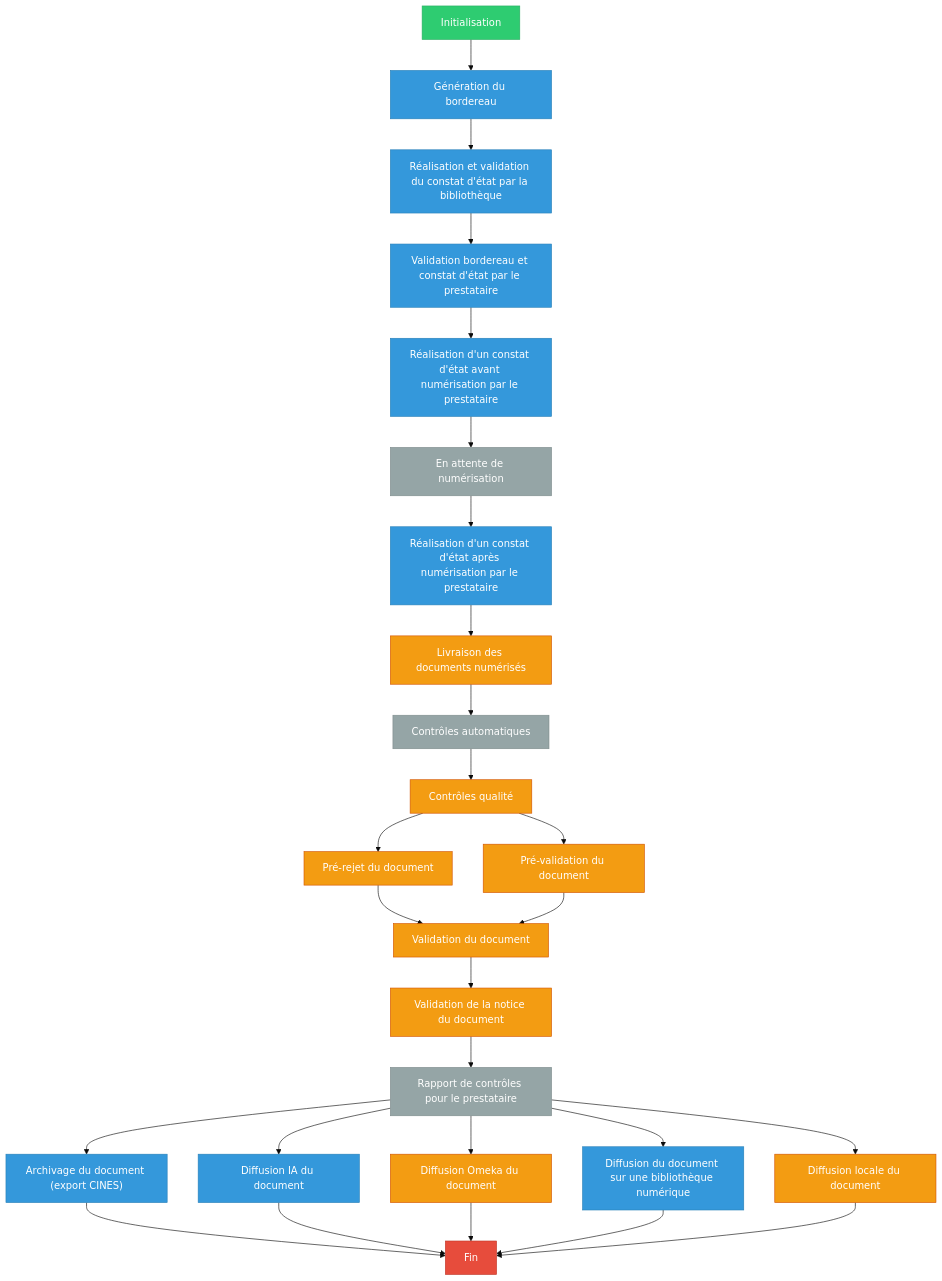
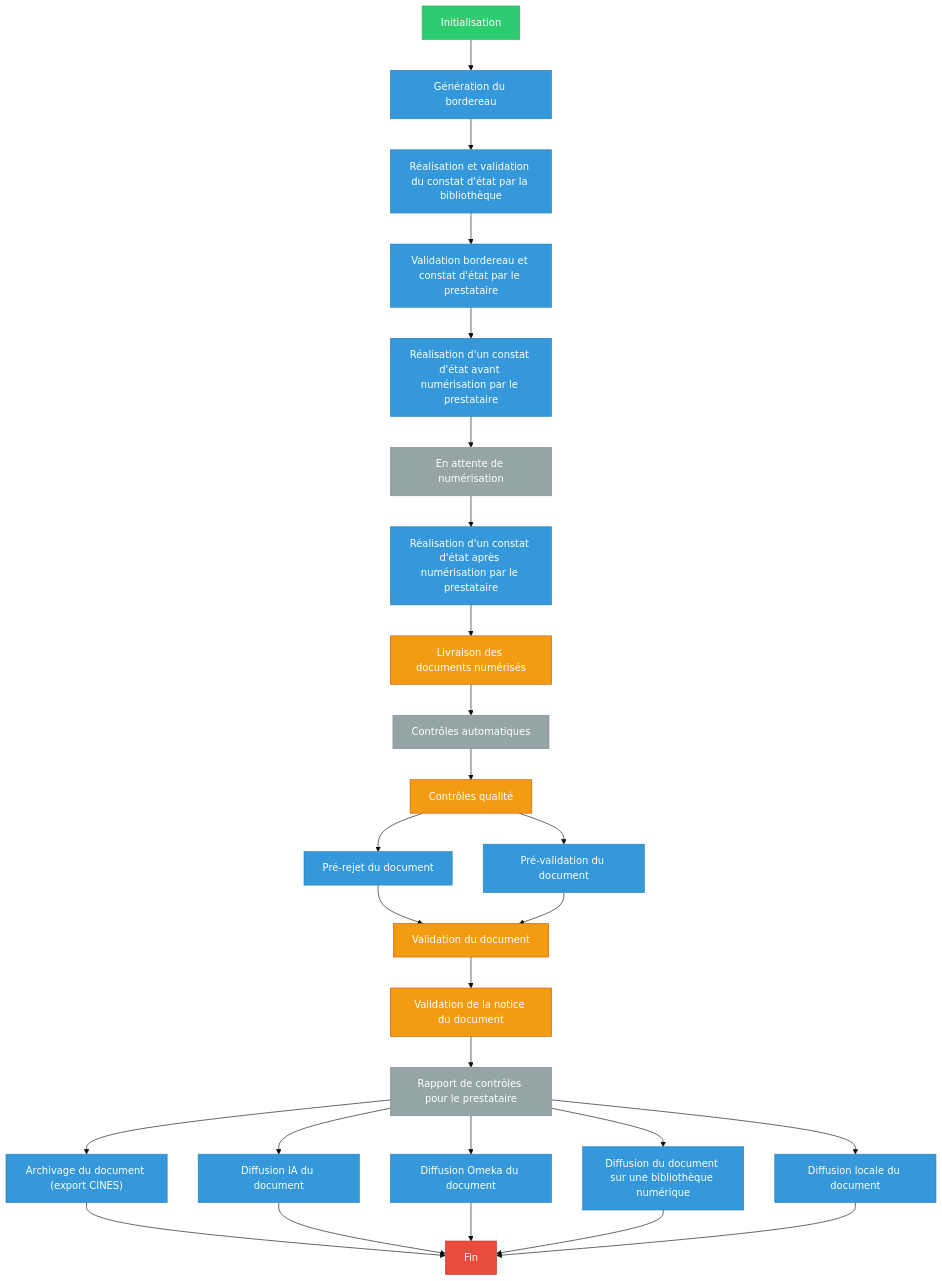
The diagram in docs/administrateur/2_Workflows/1_workflows.md (FrancoisGandolfi/numahop-doc-user), drawn with Mermaid (base theme) before and after one commit. The commit also changed other lines of this file and 31 other files, not shown here.

````diff
--- a/docs/administrateur/2_Workflows/1_workflows.md
+++ b/docs/administrateur/2_Workflows/1_workflows.md
@@ -360,59 +352,59 @@
 ```mermaid
 flowchart TD
     %% Styles
     classDef init fill:#2ECC71,stroke:#27AE60,color:#fff;
     classDef blue fill:#3498DB,stroke:#2980B9,color:#fff;
     classDef grey fill:#95A5A6,stroke:#7F8C8D,color:#fff;
     classDef orange fill:#F39C12,stroke:#D35400,color:#fff;
     classDef endFlow fill:#E74C3C,stroke:#C0392B,color:#fff;
 
     %% Nodes
     A[Initialisation]:::init
     B[Génération du bordereau]:::blue
     C[Réalisation et validation du constat d'état par la bibliothèque]:::blue
     D[Validation bordereau et constat d'état par le prestataire]:::blue
     E[Réalisation d'un constat d'état avant numérisation par le prestataire]:::blue
     F[En attente de numérisation]:::grey
     G[Réalisation d'un constat d'état après numérisation par le prestataire]:::blue
     H[Livraison des documents numérisés]:::orange
     I[Contrôles automatiques]:::grey
     J[Contrôles qualité]:::orange
-    K[Pré-rejet du document]:::orange
-    L[Pré-validation du document]:::orange
+    K[Pré-rejet du document]:::blue
+    L[Pré-validation du document]:::blue
     M[Validation du document]:::orange
     N[Validation de la notice du document]:::orange
     O[Rapport de contrôles pour le prestataire]:::grey
     P["Archivage du document (export CINES)"]:::blue
     Q[Diffusion IA du document]:::blue
-    R[Diffusion Omeka du document]:::orange
+    R[Diffusion Omeka du document]:::blue
     S[Diffusion du document sur une bibliothèque numérique]:::blue
-    T[Diffusion locale du document]:::orange
+    T[Diffusion locale du document]:::blue
     U[Fin]:::endFlow
 
     %% Connections
     A --> B
     B --> C
     C --> D
     D --> E
     E --> F
     F --> G
     G --> H
     H --> I
     I --> J
     J --> K
     J --> L
     K --> M
     L --> M
     M --> N
     N --> O
     O --> P
     O --> Q
     O --> R
     O --> S
     O --> T
     P --> U
     Q --> U
     R --> U
     S --> U
     T --> U
 ```
````
